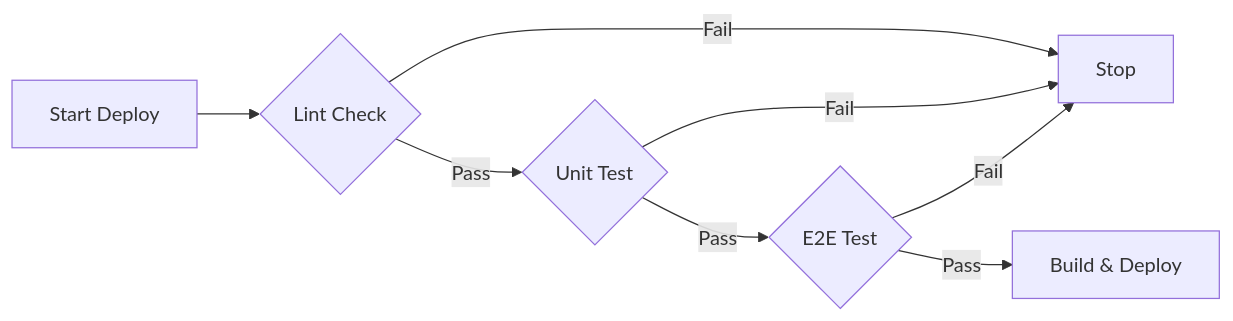
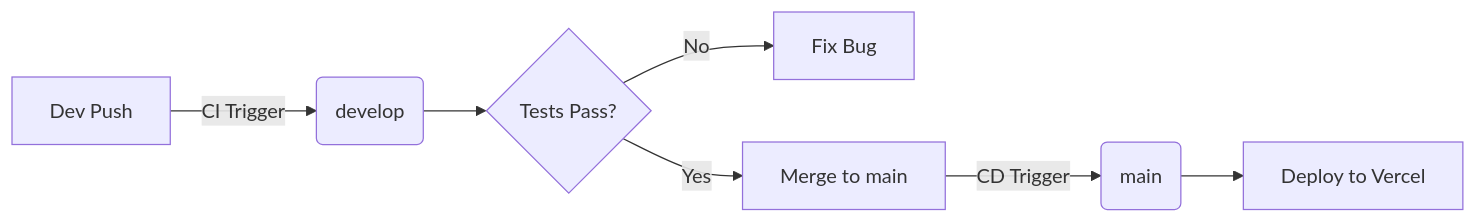
Before and after one commit to TaeGuNi/helloprompt.kr: the diagram in docs/DEVOPS.md, drawn with Mermaid. The commit also changed other lines of this file and 1 other file, not shown here.

Commit message:
ci: develop 브랜치 CI 파이프라인 구성 및 문서화

````diff
--- a/docs/DEVOPS.md
+++ b/docs/DEVOPS.md
@@ -17,10 +24,9 @@
 ```mermaid
 graph LR
-    A[Start Deploy] --> B{Lint Check}
-    B -- Fail --> X[Stop]
-    B -- Pass --> C{Unit Test}
-    C -- Fail --> X
-    C -- Pass --> D{E2E Test}
-    D -- Fail --> X
-    D -- Pass --> E[Build & Deploy]
+    A[Dev Push] -->|CI Trigger| B(develop)
+    B --> C{Tests Pass?}
+    C -- No --> D[Fix Bug]
+    C -- Yes --> E[Merge to main]
+    E -->|CD Trigger| F(main)
+    F --> G[Deploy to Vercel]
 ```
````
